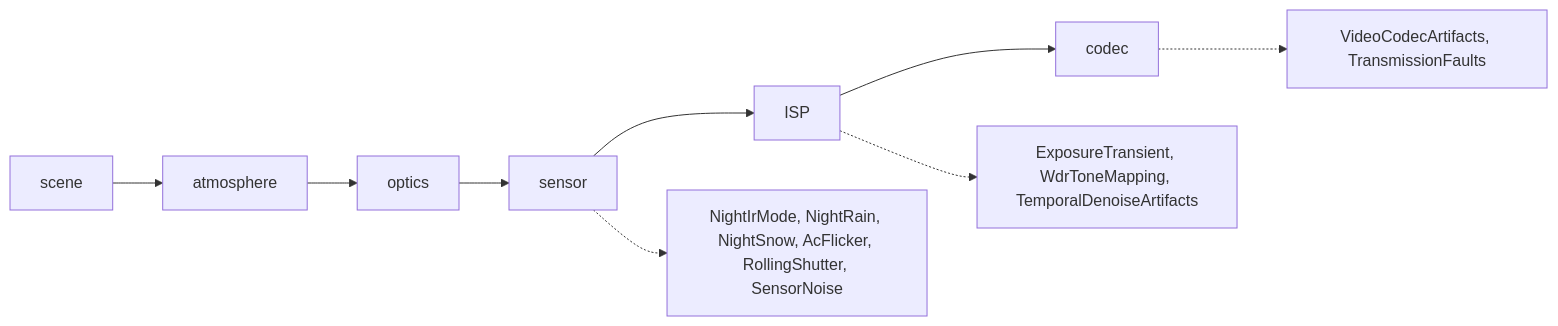
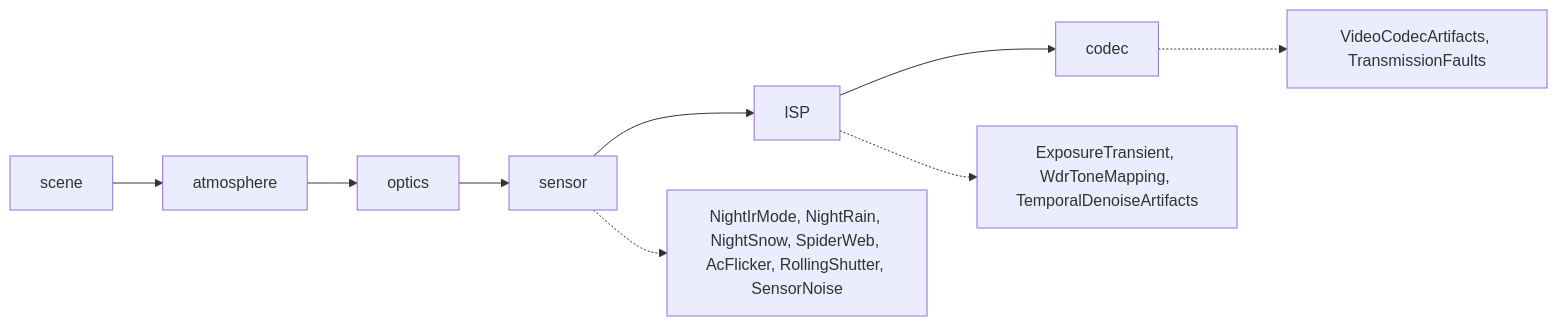
One commit to desmoteo/surmentations changed diagram 13 of 19 in docs/how_it_works.md. Above: the diagram before and after it, drawn with Mermaid. The commit also changed other lines of this file and 13 other files, not shown here.

First line of the commit message:
Document SpiderWeb, and regenerate the example images with it

````diff
--- a/docs/how_it_works.md
+++ b/docs/how_it_works.md
@@ -524,11 +525,11 @@
 ```mermaid
 flowchart LR
     SCENE["scene"] --> ATM["atmosphere"]
     ATM --> OPT["optics"]
     OPT --> SENS["sensor"]
     SENS --> ISP["ISP"]
     ISP --> CODEC["codec"]
-    SENS -.-> S1["NightIrMode, NightRain, NightSnow, AcFlicker, RollingShutter, SensorNoise"]
+    SENS -.-> S1["NightIrMode, NightRain, NightSnow, SpiderWeb, AcFlicker, RollingShutter, SensorNoise"]
     ISP -.-> S2["ExposureTransient, WdrToneMapping, TemporalDenoiseArtifacts"]
     CODEC -.-> S3["VideoCodecArtifacts, TransmissionFaults"]
 ```
````
